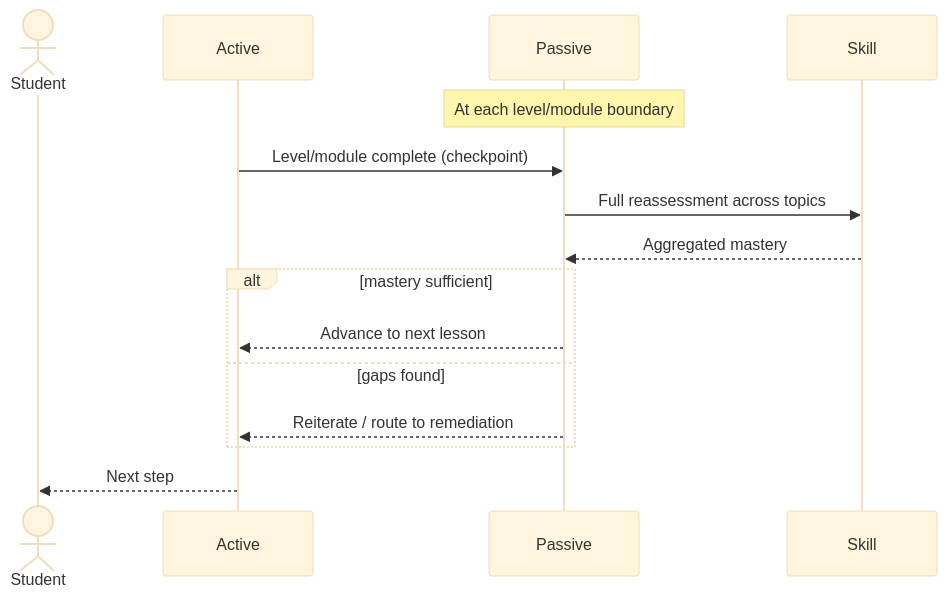
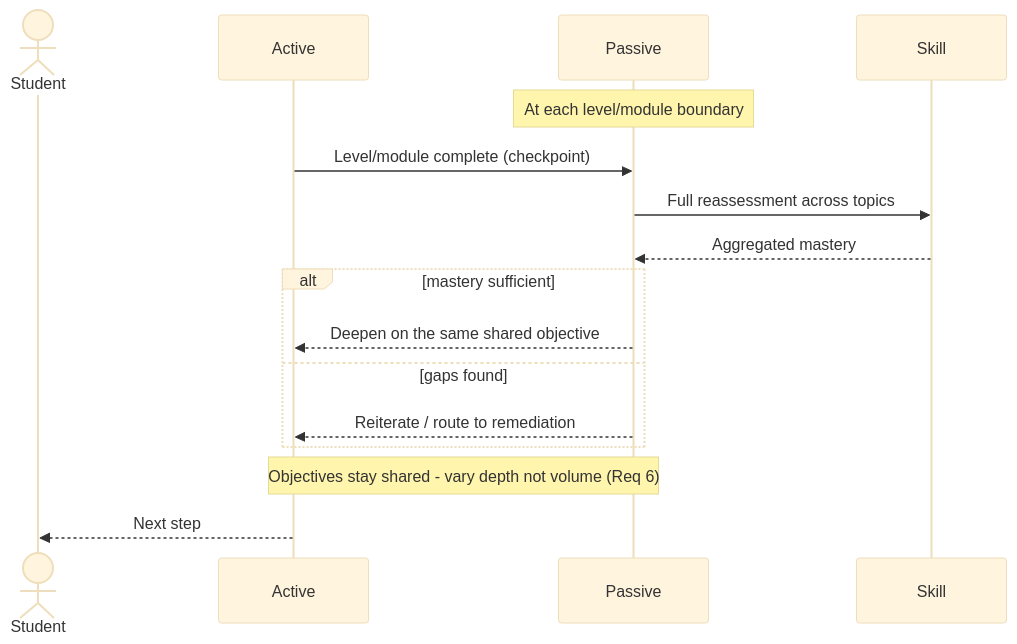
One commit to naren-chakraview/breaking-barriers-team-10-codai changed the ninth of 18 diagrams in .kiro/specs/codeai-learning-platform/sequence-diagrams.md. Above: the diagram before and after it, drawn with Mermaid (base theme). The commit also changed other lines of this file, not shown here.

Commit message:
Update sequence diagrams for safety, validation, fallback, approved routing, and reconciled reqs

````diff
--- a/.kiro/specs/codeai-learning-platform/sequence-diagrams.md
+++ b/.kiro/specs/codeai-learning-platform/sequence-diagrams.md
@@ -198,17 +214,18 @@
 ```mermaid
 sequenceDiagram
     actor Student
     participant Active
     participant Passive
     participant Skill
     Note over Passive: At each level/module boundary
     Active->>Passive: Level/module complete (checkpoint)
     Passive->>Skill: Full reassessment across topics
     Skill-->>Passive: Aggregated mastery
     alt mastery sufficient
-        Passive-->>Active: Advance to next lesson
+        Passive-->>Active: Deepen on the same shared objective
     else gaps found
         Passive-->>Active: Reiterate / route to remediation
     end
+    Note over Passive,Active: Objectives stay shared - vary depth not volume (Req 6)
     Active-->>Student: Next step
 ```
````
